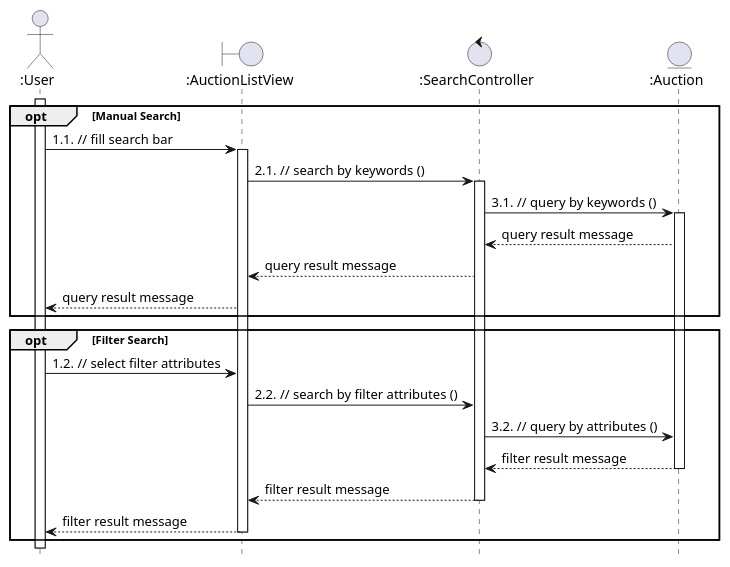
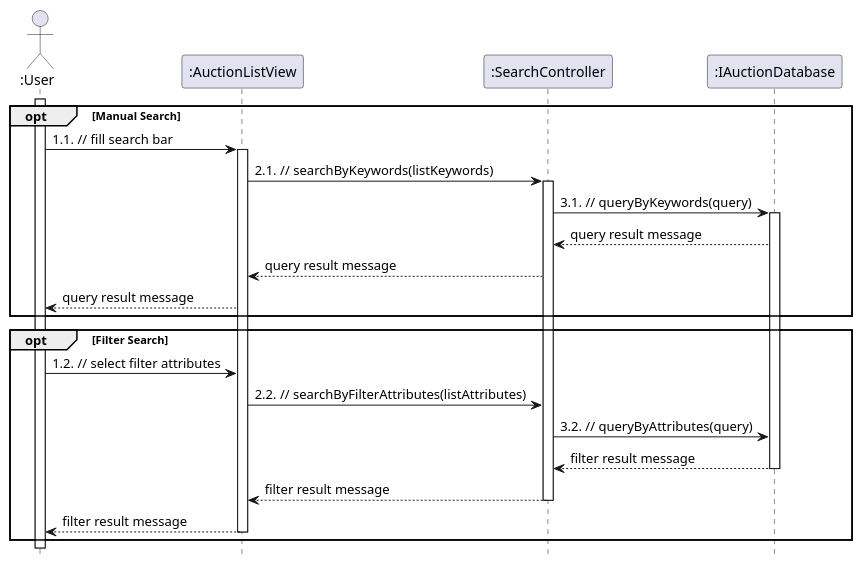
Before and after one commit to anhbanlinhle/velocity-exchange: the diagram in uml/design/sequence/linh/search_for_auction.pu, drawn with PlantUML.

Commit message:
doc[lynn]: design sequence no. 6

```diff
--- a/uml/design/sequence/linh/search_for_auction.pu
+++ b/uml/design/sequence/linh/search_for_auction.pu
@@ -1,52 +1,52 @@
 @startuml UC_6
 hide footbox
 
 actor ":User" as User
-boundary ":AuctionListView" as AuctionView
-control ":SearchController" as SearchController
-entity ":Auction" as Auction
+participant ":AuctionListView" as AuctionView
+participant ":SearchController" as SearchController
+participant ":IAuctionDatabase" as Auction
 
 User ++
 opt Manual Search
     User -> AuctionView: 1.1. // fill search bar
     
     activate AuctionView
-      AuctionView -> SearchController: 2.1. // search by keywords ()
+      AuctionView -> SearchController: 2.1. // searchByKeywords(listKeywords)
       
       activate SearchController
-        SearchController -> Auction: 3.1. // query by keywords ()
+        SearchController -> Auction: 3.1. // queryByKeywords(query)
           
           activate Auction
             Auction --> SearchController: query result message
             
         SearchController --> AuctionView: query result message
         
       AuctionView --> User: query result message
       
 end
 
 opt Filter Search
   User -> AuctionView: 1.2. // select filter attributes
   
   
-      AuctionView -> SearchController: 2.2. // search by filter attributes ()
+      AuctionView -> SearchController: 2.2. // searchByFilterAttributes(listAttributes)
       
       
-        SearchController -> Auction: 3.2. // query by attributes ()
+        SearchController -> Auction: 3.2. // queryByAttributes(query)
           
           
             Auction --> SearchController: filter result message
             
             
           deactivate Auction
         SearchController --> AuctionView: filter result message
         
         
       deactivate SearchController
       AuctionView --> User: filter result message
       
       
     deactivate AuctionView
 end
 
 @enduml
```
